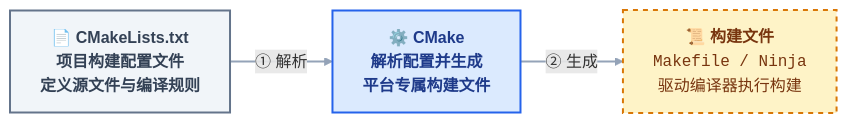
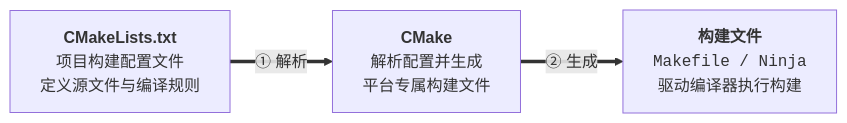
One commit to dmjcb/dmjcb.github.io changed the third of 16 diagrams in _posts/c_c++/build_tool/cmake/2024-10-22-cmake使用.md. Above: the diagram before and after it, drawn with Mermaid. The commit also changed other lines of this file and 16 other files, not shown here.

````diff
--- a/_posts/c_c++/build_tool/cmake/2024-10-22-cmake使用.md
+++ b/_posts/c_c++/build_tool/cmake/2024-10-22-cmake使用.md
@@ -191,21 +172,13 @@
 ```mermaid
 flowchart LR
-    %% 样式定义 (复用前文 CMake 体系)
-    classDef cfgFile fill:#f1f5f9,stroke:#64748b,stroke-width:2px,color:#334155,font-weight:bold;
-    classDef cmakeNode fill:#dbeafe,stroke:#2563eb,stroke-width:2px,color:#1e3a8a,font-weight:bold;
-    classDef buildFile fill:#fef3c7,stroke:#d97706,stroke-width:2px,color:#78350f,stroke-dasharray: 5 5;
-
     %% 节点定义
-    A["📄 <b>CMakeLists.txt</b><br>项目构建配置文件<br>定义源文件与编译规则"]:::cfgFile
+    A["<b>CMakeLists.txt</b><br>项目构建配置文件<br>定义源文件与编译规则"]
     
-    B["⚙️ <b>CMake</b><br>解析配置并生成<br>平台专属构建文件"]:::cmakeNode
+    B["<b>CMake</b><br>解析配置并生成<br>平台专属构建文件"]
     
-    C["📜 <b>构建文件</b><br><code>Makefile / Ninja</code><br>驱动编译器执行构建"]:::buildFile
+    C["<b>构建文件</b><br><code>Makefile / Ninja</code><br>驱动编译器执行构建"]
 
     %% 连线关系
     A ==>|"① 解析"| B ==>|"② 生成"| C
 
-    %% 连线样式统一
-    linkStyle default stroke:#94a3b8,stroke-width:2px;
-
 ```
````
